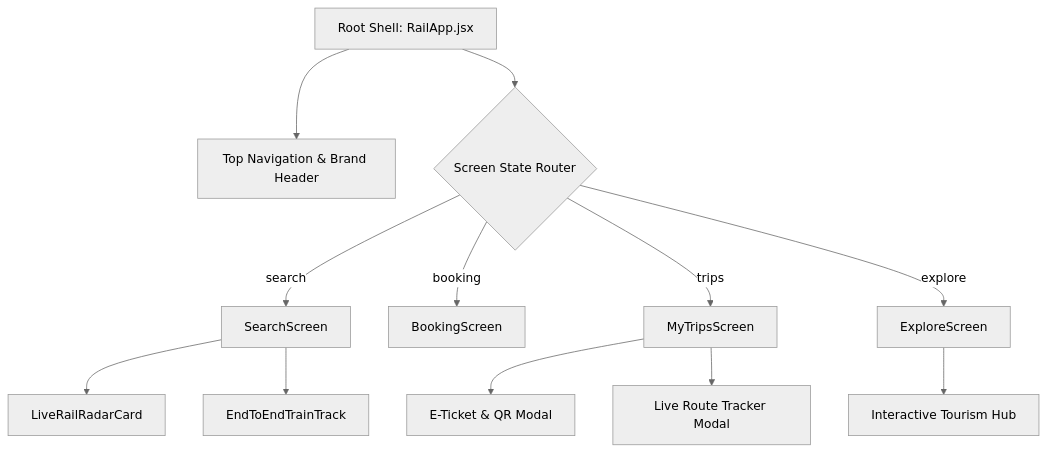
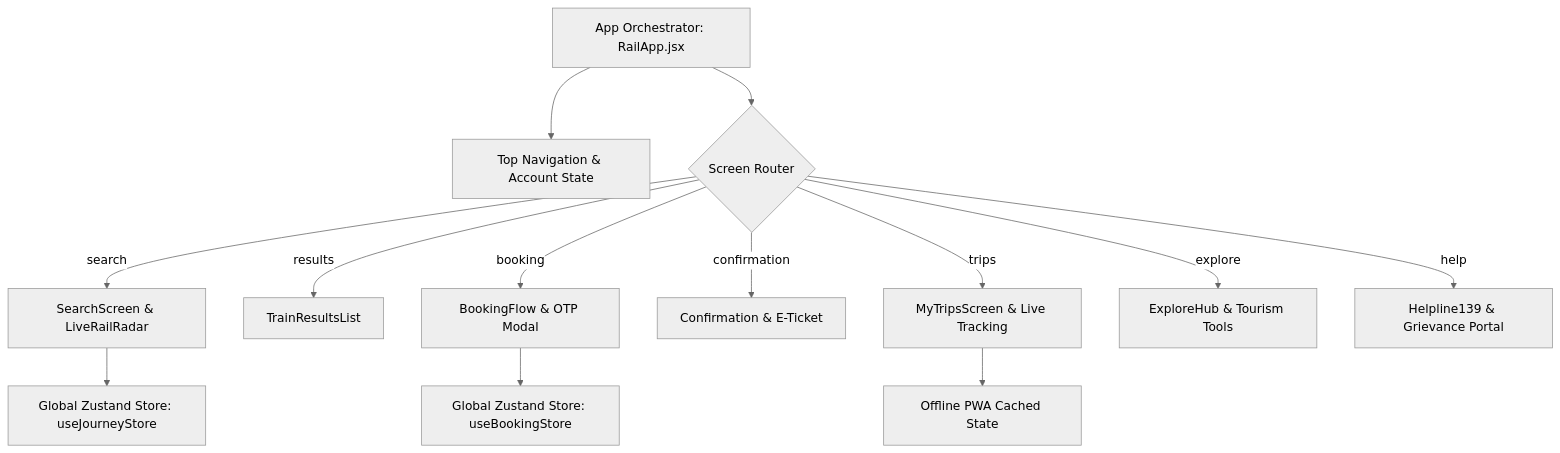
Before and after one commit to Mokshagnatej/RailYatra-Next-Gen-IRCTC-Indian-Railways-Redesign: the diagram in README.md, drawn with Mermaid (neutral theme). The commit also changed other lines of this file and 19 other files, not shown here.

````diff
--- a/README.md
+++ b/README.md
@@ -101,18 +123,17 @@
 ```mermaid
 graph TD
-    A[Root Shell: RailApp.jsx] --> B[Top Navigation & Brand Header]
-    A --> C{Screen State Router}
+    A[App Orchestrator: RailApp.jsx] --> B[Top Navigation & Account State]
+    A --> C{Screen Router}
     
-    C -->|search| D[SearchScreen]
-    C -->|booking| F[BookingScreen]
-    C -->|trips| H[MyTripsScreen]
-    C -->|explore| I[ExploreScreen]
+    C -->|search| D[SearchScreen & LiveRailRadar]
+    C -->|results| E[TrainResultsList]
+    C -->|booking| F[BookingFlow & OTP Modal]
+    C -->|confirmation| G[Confirmation & E-Ticket]
+    C -->|trips| H[MyTripsScreen & Live Tracking]
+    C -->|explore| I[ExploreHub & Tourism Tools]
+    C -->|help| J[Helpline139 & Grievance Portal]
     
-    D --> L[LiveRailRadarCard]
-    D --> M[EndToEndTrainTrack]
-    
-    H --> N[E-Ticket & QR Modal]
-    H --> O[Live Route Tracker Modal]
-    
-    I --> Q[Interactive Tourism Hub]
+    D --> K[Global Zustand Store: useJourneyStore]
+    F --> L[Global Zustand Store: useBookingStore]
+    H --> M[Offline PWA Cached State]
 ```
````
